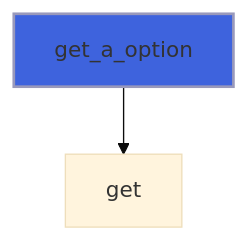
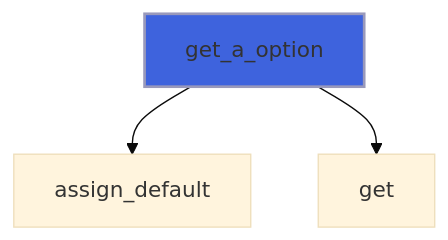
One commit to szaghi/FiNeR changed diagram 13 of 24 in docs/api/src/lib/finer_file_ini_t.md. Above: the diagram before and after it, drawn with Mermaid (base theme). The commit also changed other lines of this file and 199 other files, not shown here.

````diff
--- a/docs/api/src/lib/finer_file_ini_t.md
+++ b/docs/api/src/lib/finer_file_ini_t.md
@@ -466,5 +541,6 @@
 ```mermaid
 flowchart TD
+  get_a_option["get_a_option"] --> assign_default["assign_default"]
   get_a_option["get_a_option"] --> get["get"]
   style get_a_option fill:#3e63dd,stroke:#99b,stroke-width:2px
 ```
````
